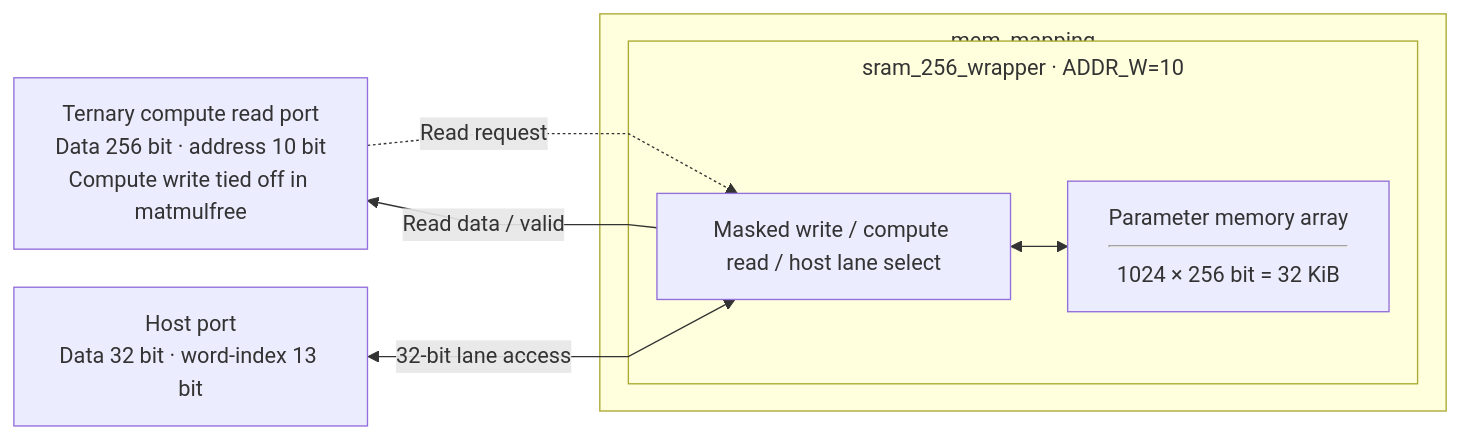
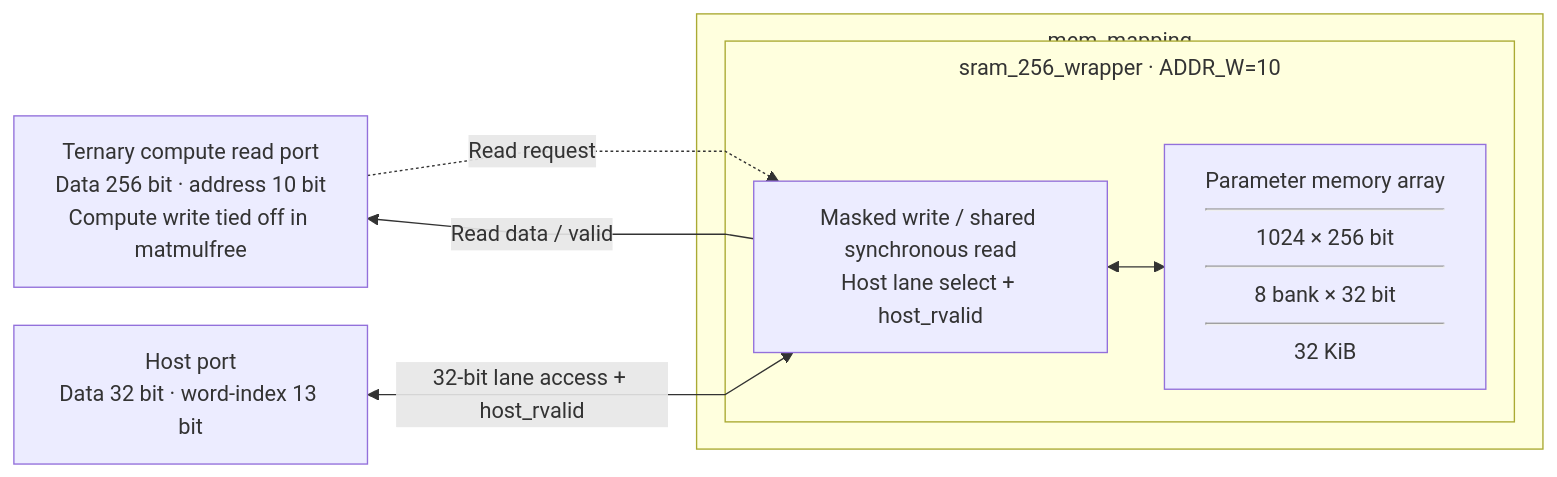
Before and after one commit to nguyennhutkhanhtom/NPU: the diagram in docs/source_guide/blocks/mem_mapping.sv.md, drawn with Mermaid. The commit also changed other lines of this file and 123 other files, not shown here.

````diff
--- a/docs/source_guide/blocks/mem_mapping.sv.md
+++ b/docs/source_guide/blocks/mem_mapping.sv.md
@@ -15,16 +15,16 @@
 ```mermaid
 flowchart LR
 %%{init: {"flowchart": {"subGraphTitleMargin": {"top": 8, "bottom": 20}, "nodeSpacing": 28, "rankSpacing": 42, "curve": "linear"}}}%%
     C["Ternary compute read port<br/>Data 256 bit · address 10 bit<br/>Compute write tied off in matmulfree"]
     H["Host port<br/>Data 32 bit · word-index 13 bit"]
     subgraph WRAP["mem_mapping"]
         subgraph SRAM["sram_256_wrapper · ADDR_W=10"]
-            PORT["Masked write / compute read / host lane select"]
-            MEM@{ shape: rect, label: "Parameter memory array<hr/>1024 × 256 bit = 32 KiB" }
+            PORT["Masked write / shared synchronous read<br/>Host lane select + host_rvalid"]
+            MEM@{ shape: rect, label: "Parameter memory array<hr/>1024 × 256 bit<hr/>8 bank × 32 bit<hr/>32 KiB" }
             PORT <--> MEM
         end
     end
     C -.->|"Read request"| PORT
     PORT -->|"Read data / valid"| C
-    H <-->|"32-bit lane access"| PORT
+    H <-->|"32-bit lane access + host_rvalid"| PORT
 ```
````
